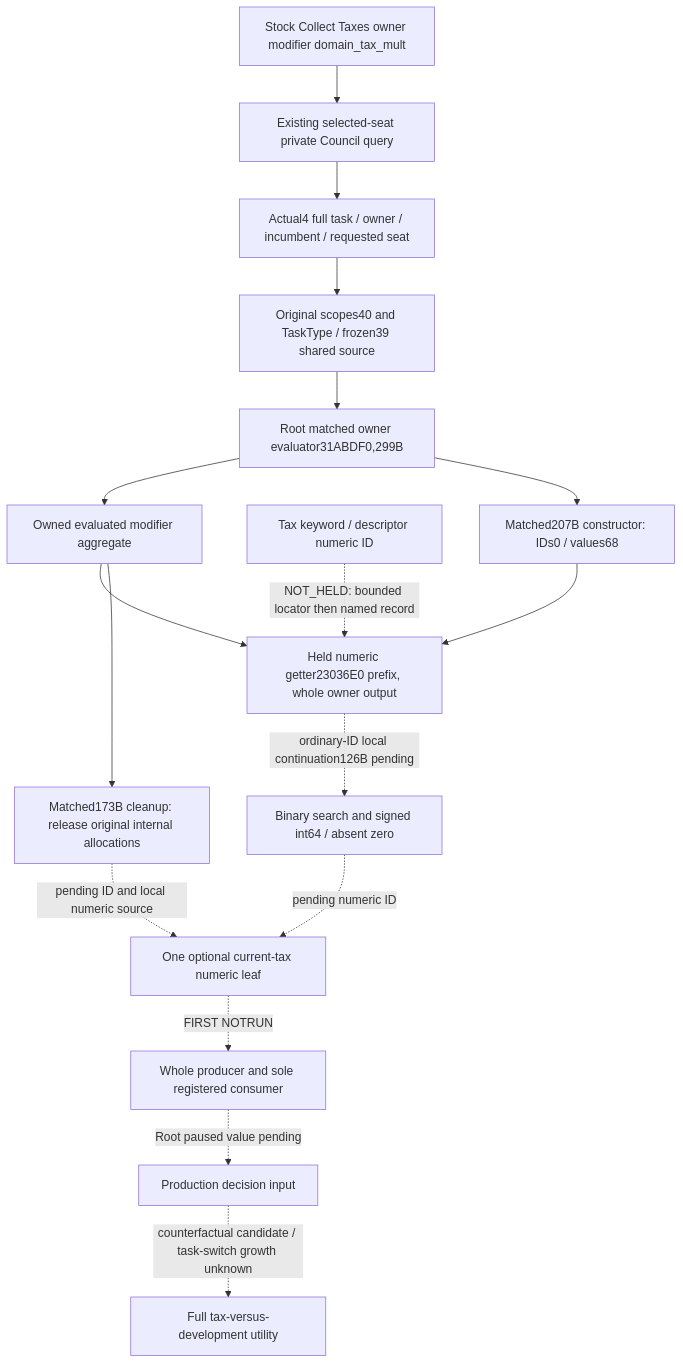
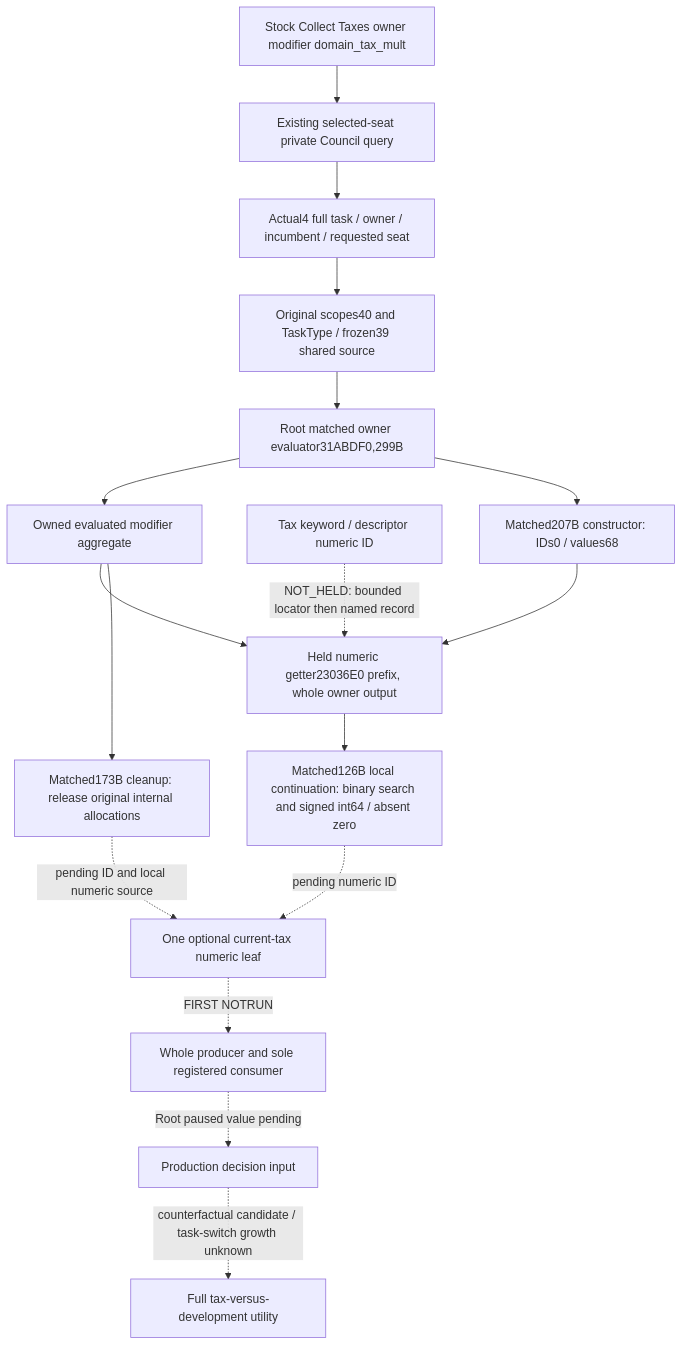
One commit to XenoAmess/ck3_eternal_recurrence changed the diagram in docs/ck3-native-ai/council-current-task-domain-tax-component-12004.md. Above: the diagram before and after it, drawn with Mermaid. The commit also changed other lines of this file and 3 other files, not shown here.

````diff
--- a/docs/ck3-native-ai/council-current-task-domain-tax-component-12004.md
+++ b/docs/ck3-native-ai/council-current-task-domain-tax-component-12004.md
@@ -87,19 +87,19 @@
 ```mermaid
 flowchart TD
     S[Stock Collect Taxes owner modifier domain_tax_mult] --> Q[Existing selected-seat private Council query]
     Q --> T[Actual4 full task / owner / incumbent / requested seat]
     T --> C[Original scopes40 and TaskType / frozen39 shared source]
     C --> E[Root matched owner evaluator31ABDF0,299B]
     E --> M[Owned evaluated modifier aggregate]
     M --> G[Held numeric getter23036E0 prefix, whole owner output]
     I[Tax keyword / descriptor numeric ID] -. NOT_HELD: bounded locator then named record .-> G
     E --> A[Matched207B constructor: IDs0 / values68]
     A --> G
-    G -. ordinary-ID local continuation126B pending .-> N[Binary search and signed int64 / absent zero]
+    G --> N[Matched126B local continuation: binary search and signed int64 / absent zero]
     M --> D[Matched173B cleanup: release original internal allocations]
     N -. pending numeric ID .-> L[One optional current-tax numeric leaf]
     D -. pending ID and local numeric source .-> L
     L -. FIRST NOTRUN .-> W[Whole producer and sole registered consumer]
     W -. Root paused value pending .-> P[Production decision input]
     P -. counterfactual candidate / task-switch growth unknown .-> U[Full tax-versus-development utility]
 ```
````
